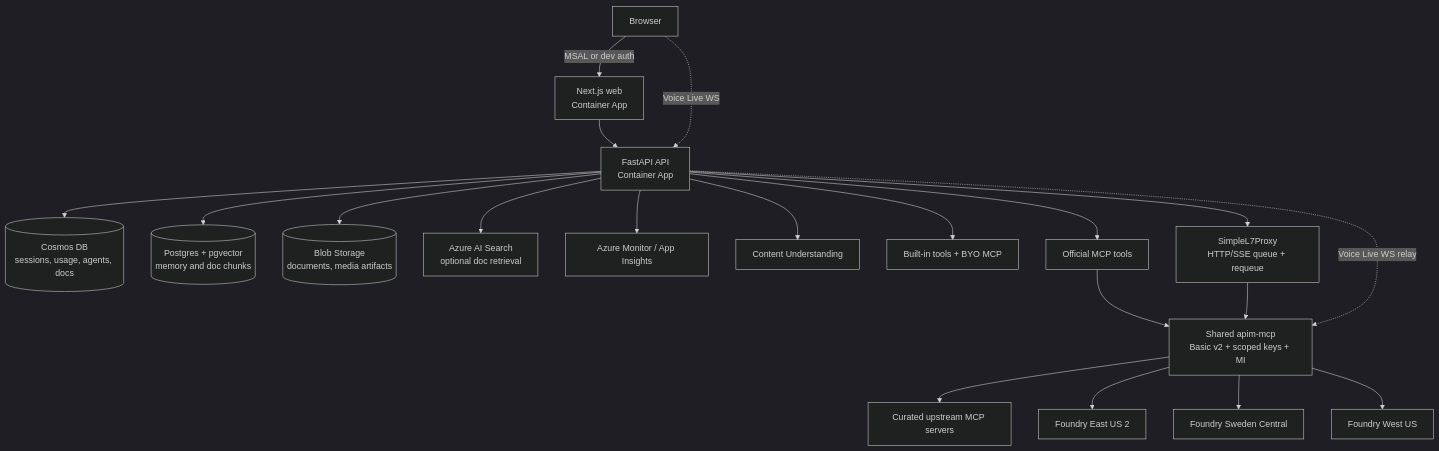
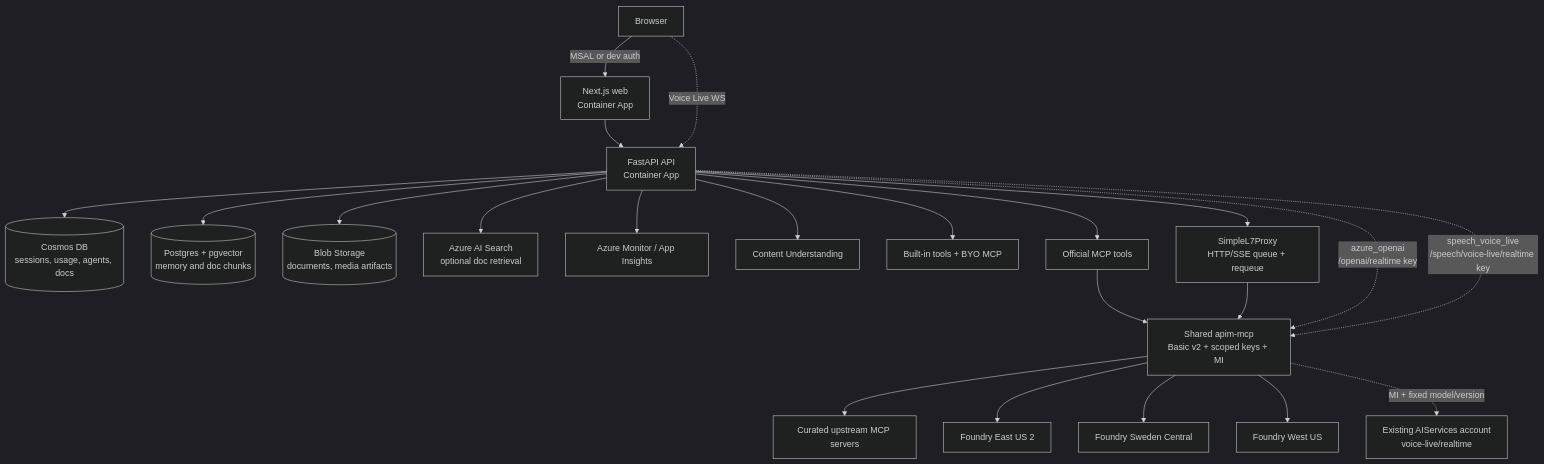
Before and after one commit to ian-t-adams/AI4IA: the first of 6 diagrams in docs/architecture.md, drawn with Mermaid (dark theme). The commit also changed other lines of this file and 54 other files, not shown here.

First line of the commit message:
Add Azure Speech Voice Live provider

````diff
--- a/docs/architecture.md
+++ b/docs/architecture.md
@@ -12,22 +12,24 @@
 ```mermaid
 flowchart TB
   User[Browser] -->|MSAL or dev auth| Web[Next.js web<br/>Container App]
   Web --> API[FastAPI API<br/>Container App]
   User -. Voice Live WS .-> API
   API --> Cosmos[(Cosmos DB<br/>sessions, usage, agents, docs)]
   API --> Pg[(Postgres + pgvector<br/>memory and doc chunks)]
   API --> Blob[(Blob Storage<br/>documents, media artifacts)]
   API --> Search[Azure AI Search<br/>optional doc retrieval]
   API --> Monitor[Azure Monitor / App Insights]
   API --> CU[Content Understanding]
   API --> Tools[Built-in tools + BYO MCP]
   API --> OffMCP[Official MCP tools]
   OffMCP --> APIM[Shared apim-mcp<br/>Basic v2 + scoped keys + MI]
   APIM --> MCPUp[Curated upstream MCP servers]
   API --> Proxy[SimpleL7Proxy<br/>HTTP/SSE queue + requeue]
   Proxy --> APIM
-  API -. Voice Live WS relay .-> APIM
+  API -. "azure_openai<br/>/openai/realtime key" .-> APIM
+  API -. "speech_voice_live<br/>/speech/voice-live/realtime key" .-> APIM
   APIM --> EUS2[Foundry East US 2]
   APIM --> SWC[Foundry Sweden Central]
   APIM --> WUS[Foundry West US]
+  APIM -.->|MI + fixed model/version| SpeechAcct[Existing AIServices account<br/>voice-live/realtime]
 ```
````
